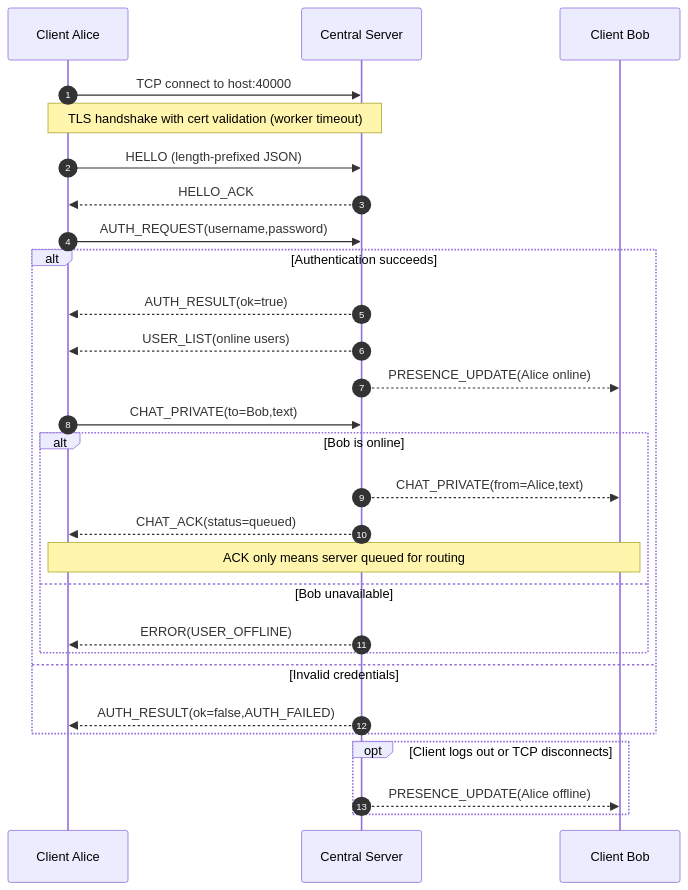
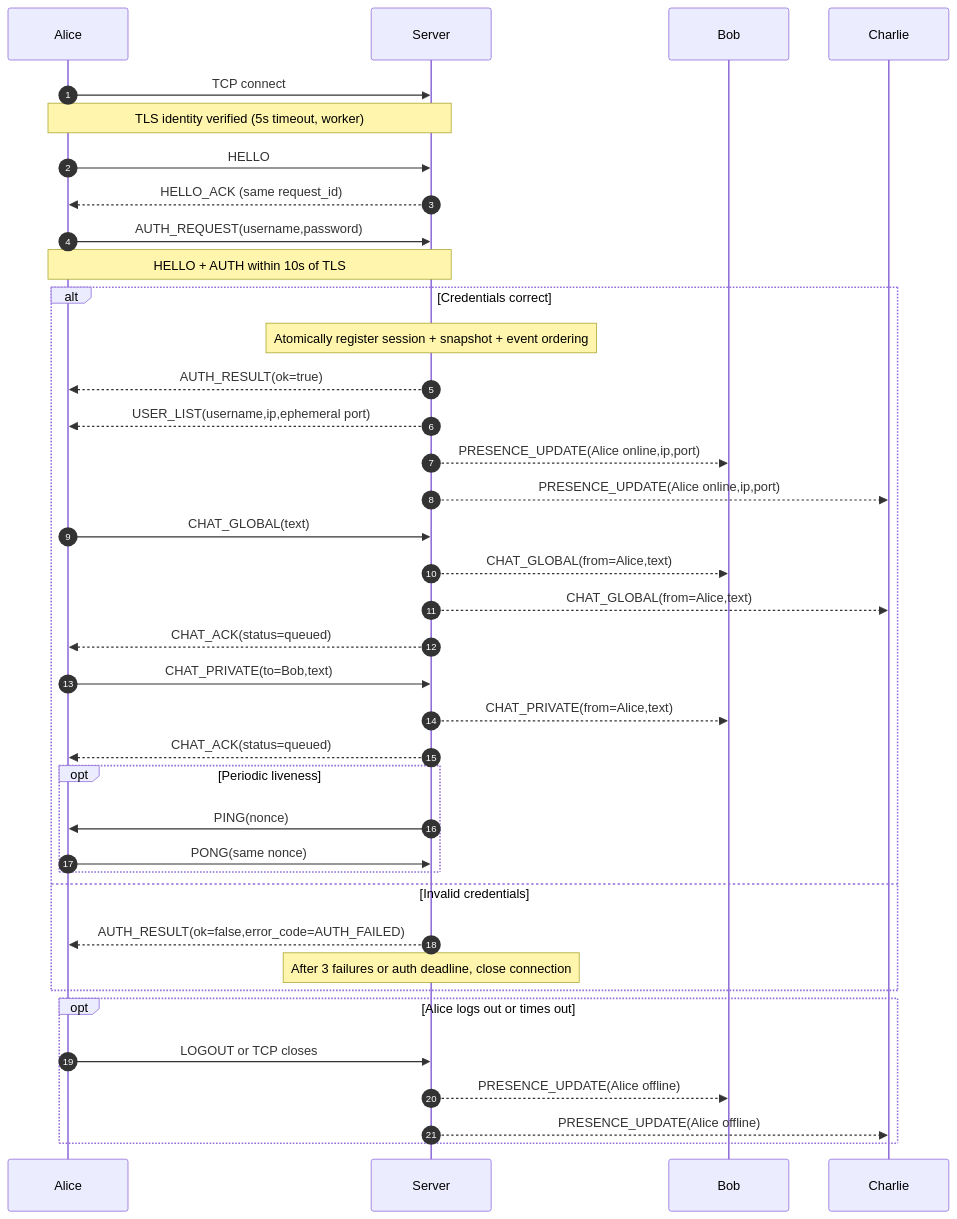
One commit to 1K-Keem/lan-collab changed the diagram in docs/diagrams/connection-and-chat.md. Above: the diagram before and after it, drawn with Mermaid. The commit also changed other lines of this file and 13 other files, not shown here.

Commit message:
docs(test): synchronize v1.1 diagrams, schema catalog and mock fixtures

````diff
--- a/docs/diagrams/connection-and-chat.md
+++ b/docs/diagrams/connection-and-chat.md
@@ -5,30 +3,40 @@
 ```mermaid
 sequenceDiagram
     autonumber
-    participant A as Client Alice
-    participant S as Central Server
-    participant B as Client Bob
-    A->>S: TCP connect to host:40000
-    Note over A,S: TLS handshake with cert validation (worker timeout)
-    A->>S: HELLO (length-prefixed JSON)
-    S-->>A: HELLO_ACK
+    participant A as Alice
+    participant S as Server
+    participant B as Bob
+    participant C as Charlie
+    A->>S: TCP connect
+    Note over A,S: TLS identity verified (5s timeout, worker)
+    A->>S: HELLO
+    S-->>A: HELLO_ACK (same request_id)
     A->>S: AUTH_REQUEST(username,password)
-    alt Authentication succeeds
+    Note over A,S: HELLO + AUTH within 10s of TLS
+    alt Credentials correct
+        Note over S: Atomically register session + snapshot + event ordering
         S-->>A: AUTH_RESULT(ok=true)
-        S-->>A: USER_LIST(online users)
-        S-->>B: PRESENCE_UPDATE(Alice online)
+        S-->>A: USER_LIST(username,ip,ephemeral port)
+        S-->>B: PRESENCE_UPDATE(Alice online,ip,port)
+        S-->>C: PRESENCE_UPDATE(Alice online,ip,port)
+        A->>S: CHAT_GLOBAL(text)
+        S-->>B: CHAT_GLOBAL(from=Alice,text)
+        S-->>C: CHAT_GLOBAL(from=Alice,text)
+        S-->>A: CHAT_ACK(status=queued)
         A->>S: CHAT_PRIVATE(to=Bob,text)
-        alt Bob is online
-            S-->>B: CHAT_PRIVATE(from=Alice,text)
-            S-->>A: CHAT_ACK(status=queued)
-            Note over A,B: ACK only means server queued for routing
-        else Bob unavailable
-            S-->>A: ERROR(USER_OFFLINE)
+        S-->>B: CHAT_PRIVATE(from=Alice,text)
+        S-->>A: CHAT_ACK(status=queued)
+        opt Periodic liveness
+            S->>A: PING(nonce)
+            A->>S: PONG(same nonce)
         end
     else Invalid credentials
-        S-->>A: AUTH_RESULT(ok=false,AUTH_FAILED)
+        S-->>A: AUTH_RESULT(ok=false,error_code=AUTH_FAILED)
+        Note over S: After 3 failures or auth deadline, close connection
     end
-    opt Client logs out or TCP disconnects
+    opt Alice logs out or times out
+        A->>S: LOGOUT or TCP closes
         S-->>B: PRESENCE_UPDATE(Alice offline)
+        S-->>C: PRESENCE_UPDATE(Alice offline)
     end
 ```
````
